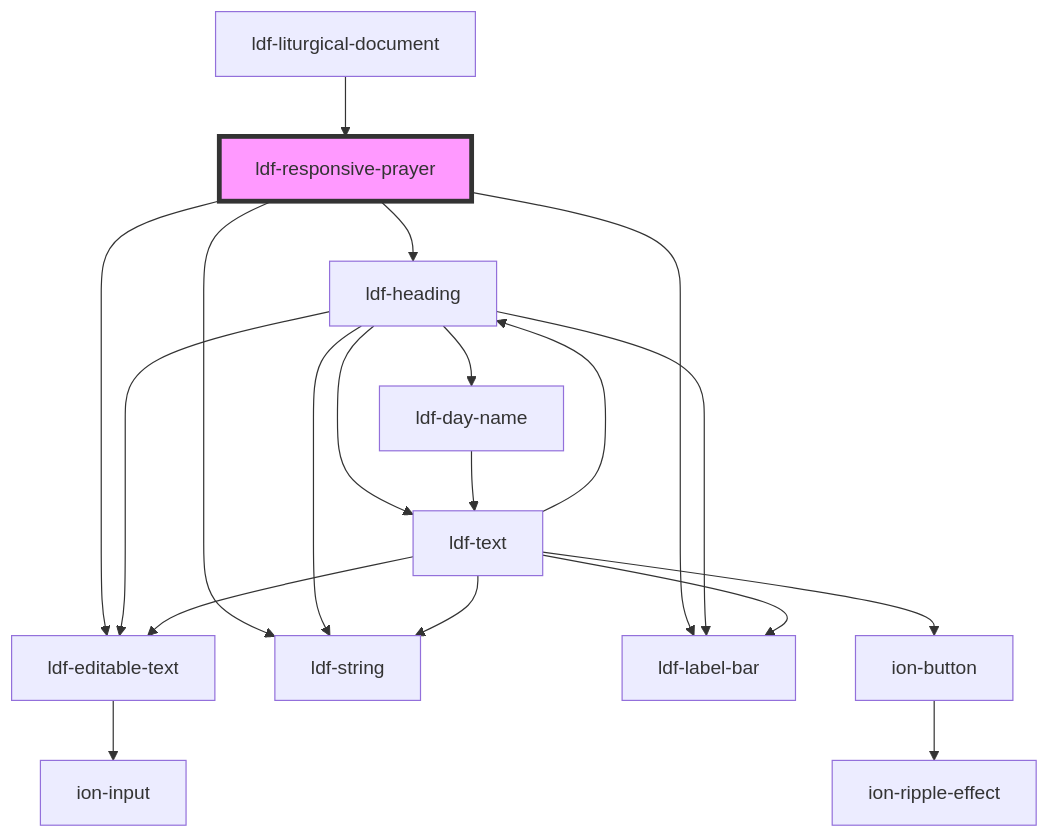
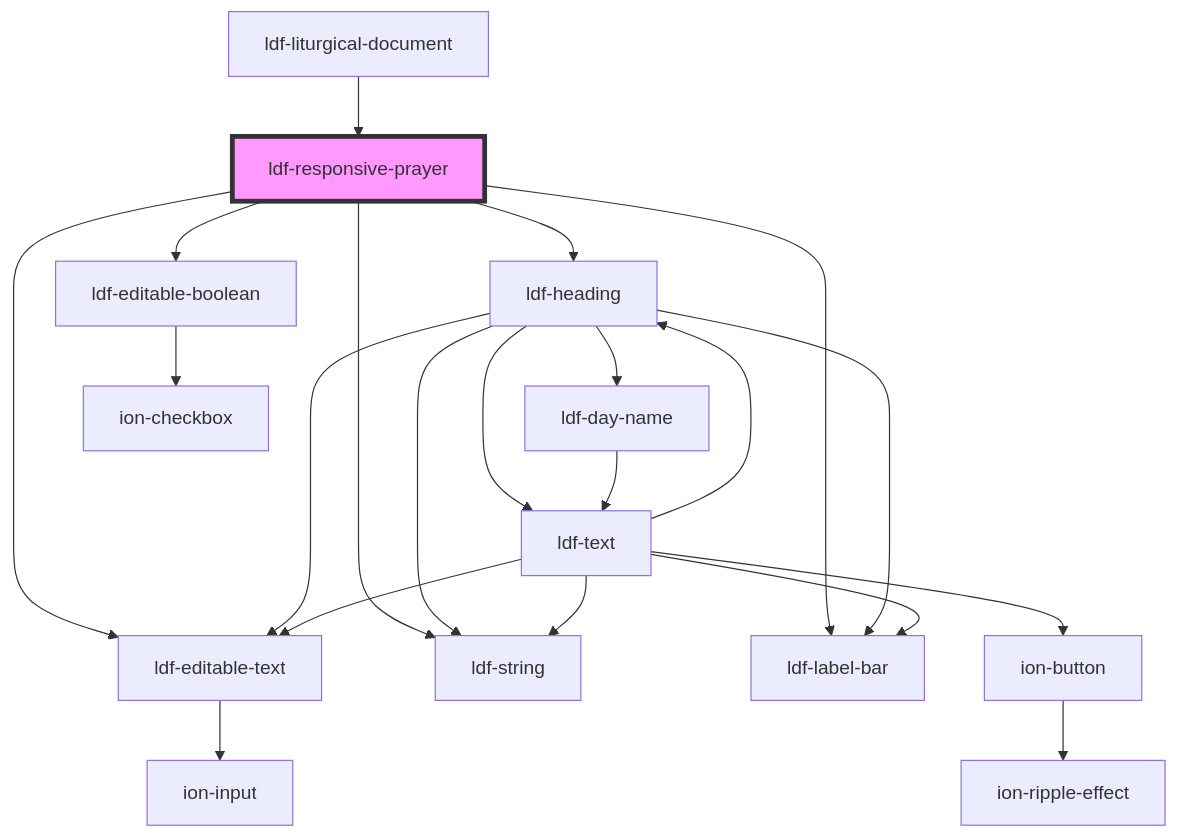
The diagram in components/src/components/responsive-prayer/readme.md (gbj/venite), drawn with Mermaid before and after one commit. The commit also changed other lines of this file and 18 other files, not shown here.

````diff
--- a/components/src/components/responsive-prayer/readme.md
+++ b/components/src/components/responsive-prayer/readme.md
@@ -31,22 +32,24 @@
 ```mermaid
 graph TD;
   ldf-responsive-prayer --> ldf-editable-text
   ldf-responsive-prayer --> ldf-string
   ldf-responsive-prayer --> ldf-label-bar
   ldf-responsive-prayer --> ldf-heading
+  ldf-responsive-prayer --> ldf-editable-boolean
   ldf-editable-text --> ion-input
   ldf-heading --> ldf-string
   ldf-heading --> ldf-editable-text
   ldf-heading --> ldf-label-bar
   ldf-heading --> ldf-day-name
   ldf-heading --> ldf-text
   ldf-day-name --> ldf-text
   ldf-text --> ldf-label-bar
   ldf-text --> ion-button
   ldf-text --> ldf-heading
   ldf-text --> ldf-editable-text
   ldf-text --> ldf-string
   ion-button --> ion-ripple-effect
+  ldf-editable-boolean --> ion-checkbox
   ldf-liturgical-document --> ldf-responsive-prayer
   style ldf-responsive-prayer fill:#f9f,stroke:#333,stroke-width:4px
 ```
````
